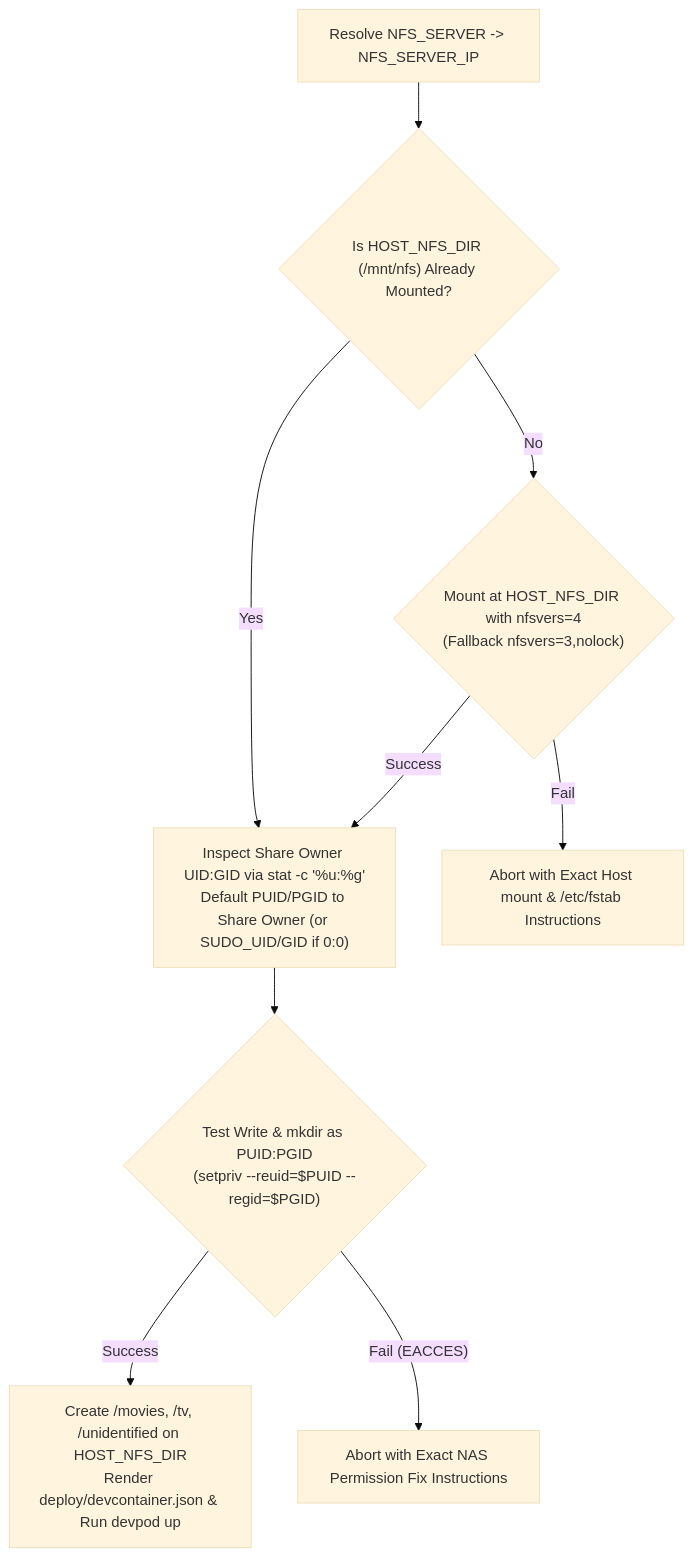
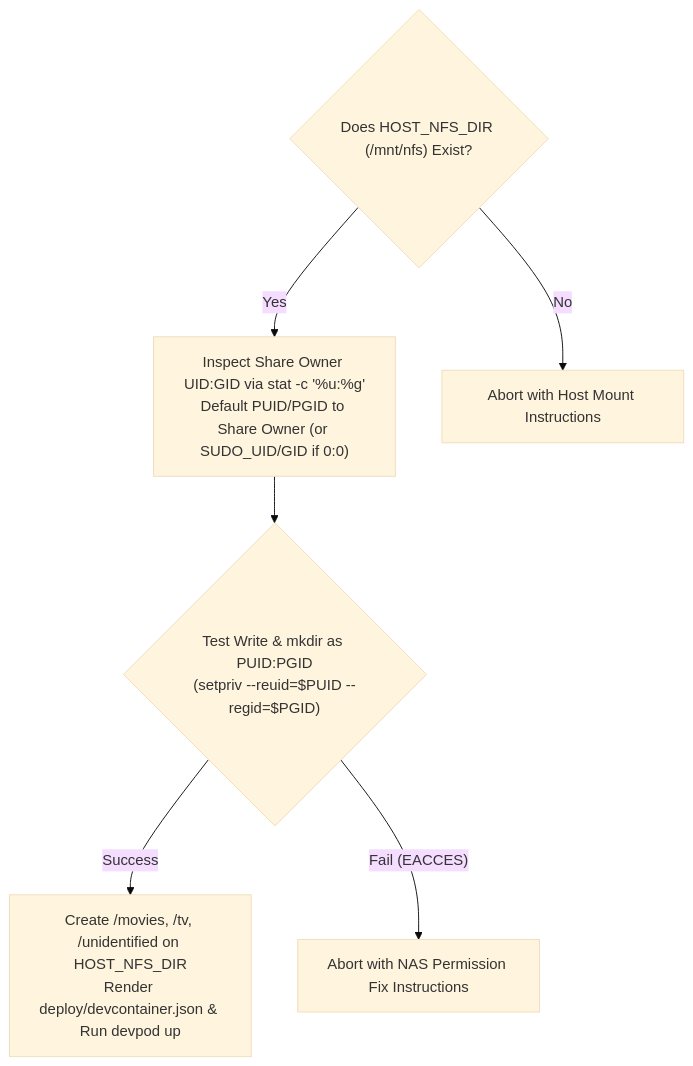
One commit to brotherlogic/hometheatre changed the diagram in DOCKER.md. Above: the diagram before and after it, drawn with Mermaid (base theme). The commit also changed other lines of this file and 6 other files, not shown here.

Commit message:
refactor(install): remove unused NAS NFS server/path settings for bind mount (Fixes #12)

````diff
--- a/DOCKER.md
+++ b/DOCKER.md
@@ -154,11 +129,8 @@
 ```mermaid
 flowchart TD
-    A["Resolve NFS_SERVER -> NFS_SERVER_IP"] --> B{"Is HOST_NFS_DIR (/mnt/nfs) Already Mounted?"}
-    B -- "Yes" --> G["Inspect Share Owner UID:GID via stat -c '%u:%g'\nDefault PUID/PGID to Share Owner (or SUDO_UID/GID if 0:0)"]
-    B -- "No" --> C{"Mount at HOST_NFS_DIR with nfsvers=4\n(Fallback nfsvers=3,nolock)"}
-    C -- "Success" --> G
-    C -- "Fail" --> F["Abort with Exact Host mount & /etc/fstab Instructions"]
+    B{"Does HOST_NFS_DIR (/mnt/nfs) Exist?"} -- "Yes" --> G["Inspect Share Owner UID:GID via stat -c '%u:%g'\nDefault PUID/PGID to Share Owner (or SUDO_UID/GID if 0:0)"]
+    B -- "No" --> F["Abort with Host Mount Instructions"]
     G --> H{"Test Write & mkdir as PUID:PGID\n(setpriv --reuid=$PUID --regid=$PGID)"}
     H -- "Success" --> I["Create /movies, /tv, /unidentified on HOST_NFS_DIR\nRender deploy/devcontainer.json & Run devpod up"]
-    H -- "Fail (EACCES)" --> J["Abort with Exact NAS Permission Fix Instructions"]
+    H -- "Fail (EACCES)" --> J["Abort with NAS Permission Fix Instructions"]
 ```
````
